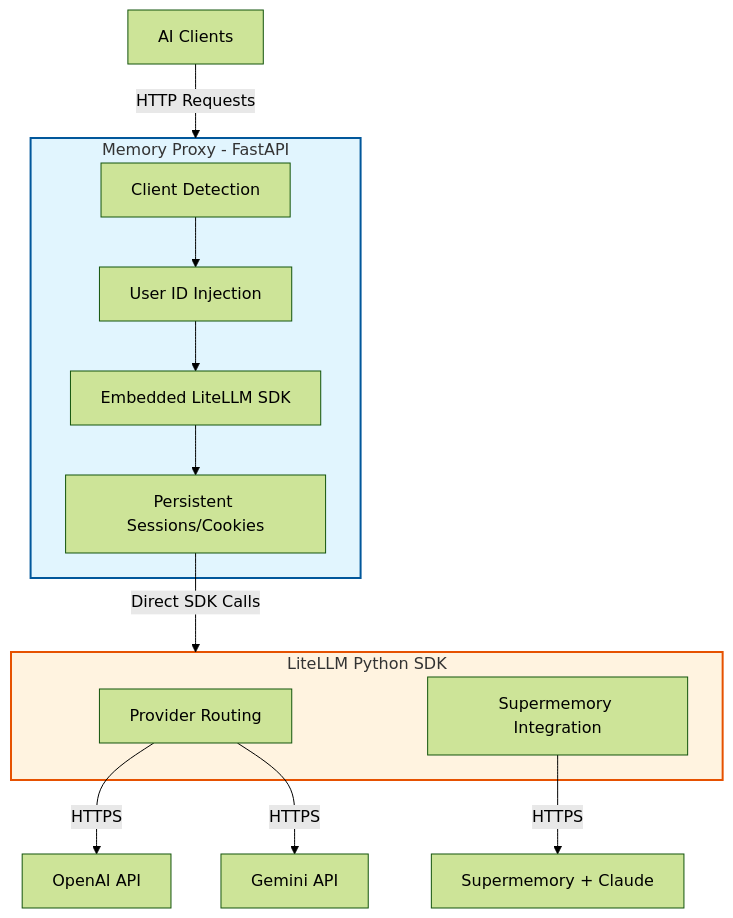
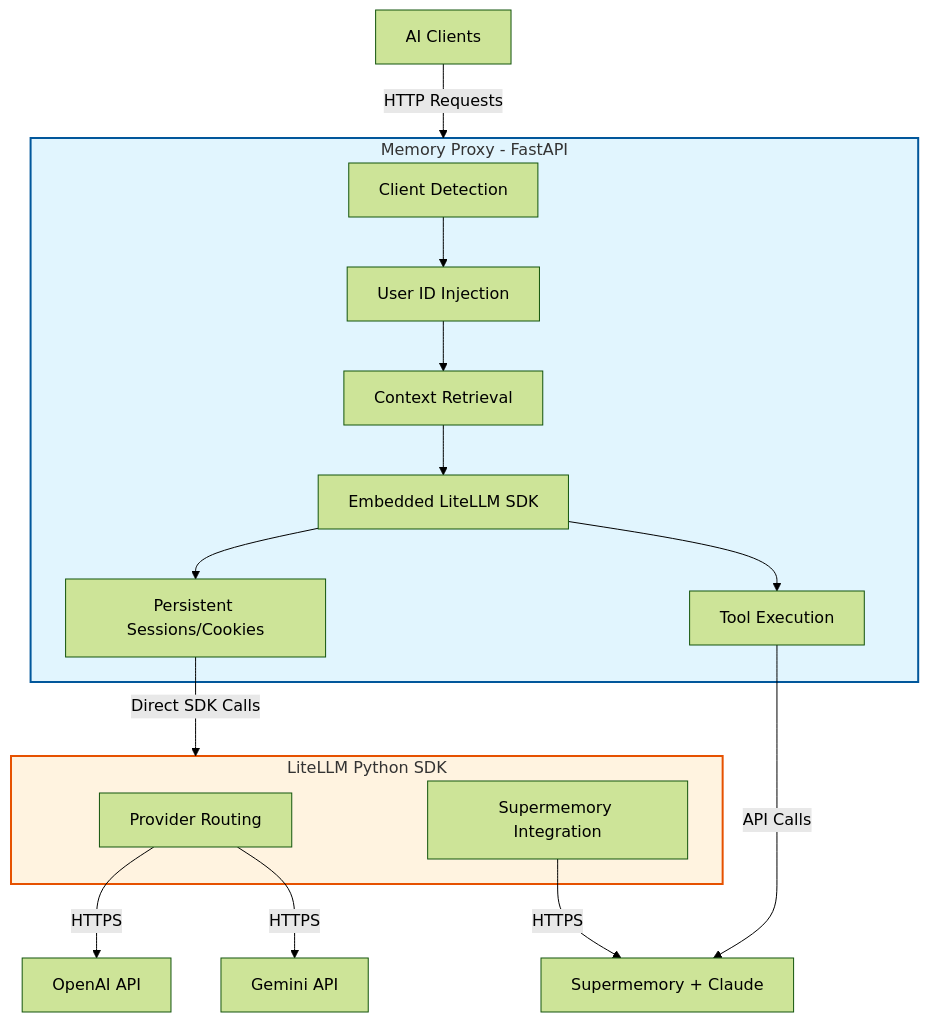
The diagram in CLAUDE.md (zeddq/litellm), drawn with Mermaid (forest theme) before and after one commit. The commit also changed other lines of this file and 26 other files, not shown here.

````diff
--- a/CLAUDE.md
+++ b/CLAUDE.md
@@ -348,29 +517,34 @@
 ```mermaid
 graph TD
     Clients[AI Clients] -->|HTTP Requests| Proxy[Memory Proxy :8764]
-    
+
     subgraph Proxy[Memory Proxy - FastAPI]
         Detection[Client Detection]
         Injection[User ID Injection]
+        Context[Context Retrieval]
         SDK[Embedded LiteLLM SDK]
         Sessions[Persistent Sessions/Cookies]
-        
+        Tools[Tool Execution]
+
         Detection --> Injection
-        Injection --> SDK
+        Injection --> Context
+        Context --> SDK
         SDK --> Sessions
+        SDK --> Tools
     end
 
     Sessions -->|Direct SDK Calls| PythonSDK[LiteLLM Python SDK]
-    
+    Tools -->|API Calls| Supermemory
+
     subgraph PythonSDK[LiteLLM Python SDK]
         Routing[Provider Routing]
         Integration[Supermemory Integration]
     end
-    
+
     Routing -->|HTTPS| OpenAI[OpenAI API]
     Integration -->|HTTPS| Supermemory[Supermemory + Claude]
     Routing -->|HTTPS| Gemini[Gemini API]
 
     style Proxy fill:#e1f5fe,stroke:#01579b,stroke-width:2px
     style PythonSDK fill:#fff3e0,stroke:#e65100,stroke-width:2px
 ```
````
